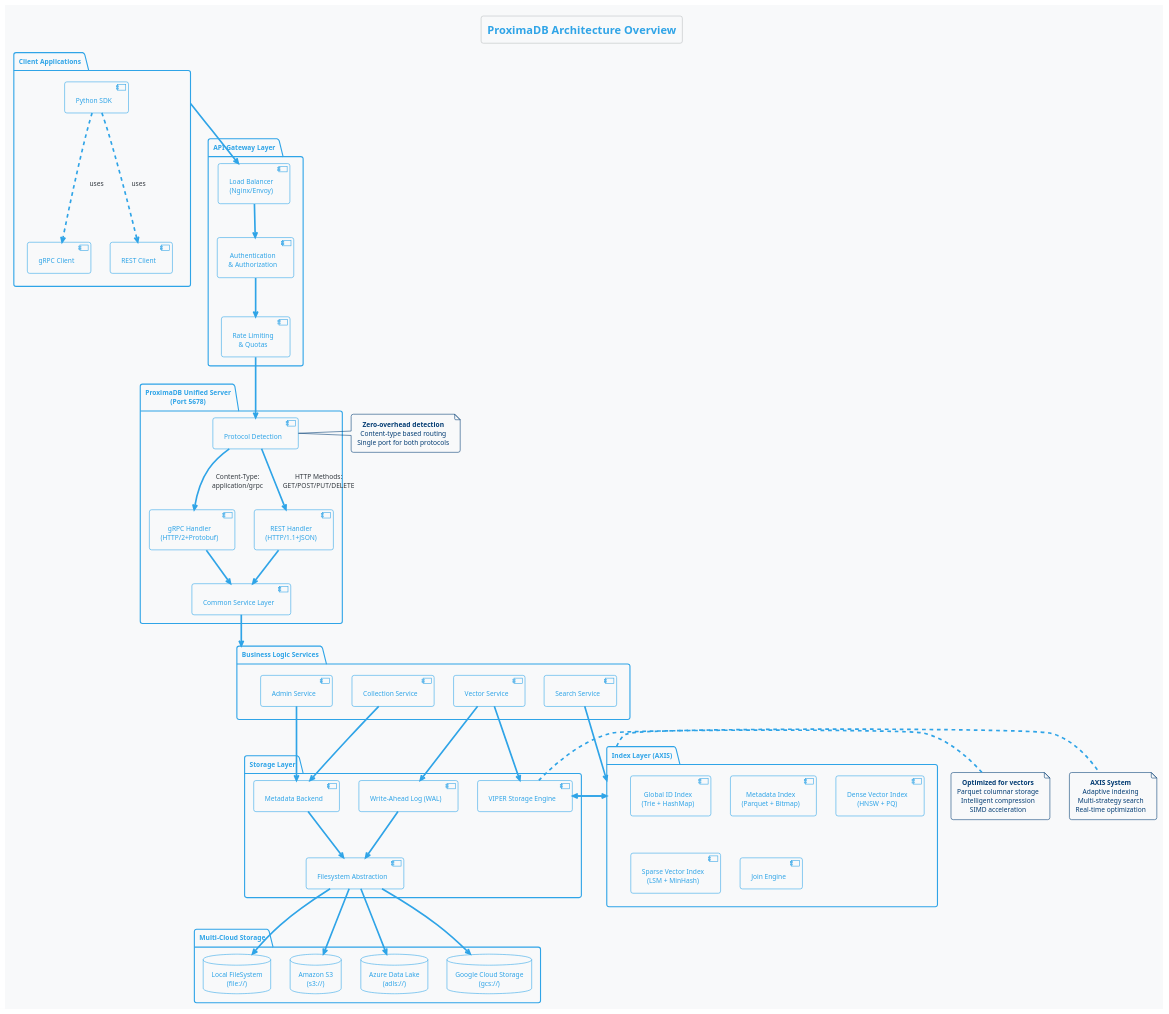
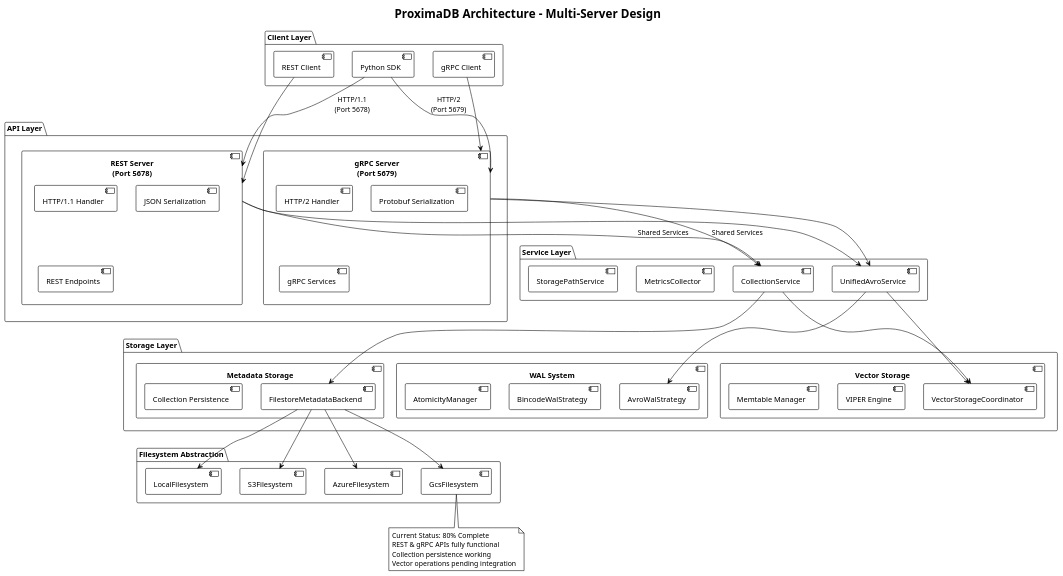
The diagram in diagrams/proximadb-architecture.puml (vjsingh1984/proximaDB), drawn with PlantUML before and after one commit. The commit also changed 37 other files, not shown here.

First line of the commit message:
📚 Consolidate documentation: Multi-server architecture and status tracking

```diff
--- a/diagrams/proximadb-architecture.puml
+++ b/diagrams/proximadb-architecture.puml
@@ -1,114 +1,81 @@
-@startuml proximadb-architecture
-!theme cerulean-outline
-skinparam backgroundColor #F8F9FA
-skinparam defaultTextAlignment center
+@startuml ProximaDB Architecture Overview
+!theme plain
+title ProximaDB Architecture - Multi-Server Design
 
-title ProximaDB Architecture Overview
-
-package "Client Applications" as clients {
-  [Python SDK] as python
-  [REST Client] as rest_client  
-  [gRPC Client] as grpc_client
+package "Client Layer" {
+  [Python SDK] as PythonSDK
+  [REST Client] as RESTClient
+  [gRPC Client] as gRPCClient
 }
 
-package "API Gateway Layer" as api_layer {
-  component [Load Balancer\n(Nginx/Envoy)] as lb
-  component [Authentication\n& Authorization] as auth
-  component [Rate Limiting\n& Quotas] as rate_limit
+package "API Layer" {
+  component "REST Server\n(Port 5678)" as RESTServer {
+    [HTTP/1.1 Handler]
+    [JSON Serialization]
+    [REST Endpoints]
+  }
+  
+  component "gRPC Server\n(Port 5679)" as gRPCServer {
+    [HTTP/2 Handler]
+    [Protobuf Serialization]
+    [gRPC Services]
+  }
 }
 
-package "ProximaDB Unified Server\n(Port 5678)" as server {
-  component [Protocol Detection] as protocol_detect
-  component [gRPC Handler\n(HTTP/2+Protobuf)] as grpc_handler
-  component [REST Handler\n(HTTP/1.1+JSON)] as rest_handler
-  component [Common Service Layer] as service_layer
+package "Service Layer" {
+  [CollectionService] as CS
+  [UnifiedAvroService] as UAS
+  [MetricsCollector] as MC
+  [StoragePathService] as SPS
 }
 
-package "Business Logic Services" as services {
-  component [Collection Service] as collection_svc
-  component [Vector Service] as vector_svc  
-  component [Search Service] as search_svc
-  component [Admin Service] as admin_svc
+package "Storage Layer" {
+  component "WAL System" {
+    [AvroWalStrategy]
+    [BincodeWalStrategy]
+    [AtomicityManager]
+  }
+  
+  component "Vector Storage" {
+    [VectorStorageCoordinator] as VSC
+    [VIPER Engine]
+    [Memtable Manager]
+  }
+  
+  component "Metadata Storage" {
+    [FilestoreMetadataBackend]
+    [Collection Persistence]
+  }
 }
 
-package "Storage Layer" as storage {
-  component [VIPER Storage Engine] as viper
-  component [Write-Ahead Log (WAL)] as wal
-  component [Metadata Backend] as metadata
-  component [Filesystem Abstraction] as filesystem
+package "Filesystem Abstraction" {
+  [LocalFilesystem] as Local
+  [S3Filesystem] as S3
+  [AzureFilesystem] as Azure
+  [GcsFilesystem] as GCS
 }
 
-package "Index Layer (AXIS)" as indexes {
-  component [Global ID Index\n(Trie + HashMap)] as id_index
-  component [Metadata Index\n(Parquet + Bitmap)] as meta_index
-  component [Dense Vector Index\n(HNSW + PQ)] as dense_index
-  component [Sparse Vector Index\n(LSM + MinHash)] as sparse_index
-  component [Join Engine] as join_engine
-}
+' Connections
+PythonSDK --> RESTServer : HTTP/1.1\n(Port 5678)
+PythonSDK --> gRPCServer : HTTP/2\n(Port 5679)
+RESTClient --> RESTServer
+gRPCClient --> gRPCServer
 
-package "Multi-Cloud Storage" as cloud_storage {
-  database "Local FileSystem\n(file://)" as local_fs
-  database "Amazon S3\n(s3://)" as s3
-  database "Azure Data Lake\n(adls://)" as adls  
-  database "Google Cloud Storage\n(gcs://)" as gcs
-}
+RESTServer --> CS : Shared Services
+RESTServer --> UAS
+gRPCServer --> CS : Shared Services
+gRPCServer --> UAS
 
-' Client connections
-clients --> lb
-python -.-> grpc_client : uses
-python -.-> rest_client : uses
+CS --> FilestoreMetadataBackend
+CS --> VSC
+UAS --> AvroWalStrategy
+UAS --> VSC
 
-' API Layer flow
-lb --> auth
-auth --> rate_limit
-rate_limit --> protocol_detect
+FilestoreMetadataBackend --> Local
+FilestoreMetadataBackend --> S3
+FilestoreMetadataBackend --> Azure
+FilestoreMetadataBackend --> GCS
 
-' Protocol routing
-protocol_detect --> grpc_handler : Content-Type:\napplication/grpc
-protocol_detect --> rest_handler : HTTP Methods:\nGET/POST/PUT/DELETE
-
-' Service layer
-grpc_handler --> service_layer
-rest_handler --> service_layer
-service_layer --> services
-
-' Business services to storage
-collection_svc --> metadata
-vector_svc --> viper
-vector_svc --> wal
-search_svc --> indexes
-admin_svc --> metadata
-
-' Storage layer connections
-viper --> indexes
-wal --> filesystem
-metadata --> filesystem
-indexes --> viper
-
-' Multi-cloud connections
-filesystem --> local_fs
-filesystem --> s3
-filesystem --> adls
-filesystem --> gcs
-
-note right of protocol_detect
-  **Zero-overhead detection**
-  Content-type based routing
-  Single port for both protocols
-end note
-
-note right of viper
-  **Optimized for vectors**
-  Parquet columnar storage
-  Intelligent compression
-  SIMD acceleration
-end note
-
-note right of indexes
-  **AXIS System**
-  Adaptive indexing
-  Multi-strategy search
-  Real-time optimization
-end note
+note bottom : Current Status: 80% Complete\nREST & gRPC APIs fully functional\nCollection persistence working\nVector operations pending integration
 
 @enduml
```
